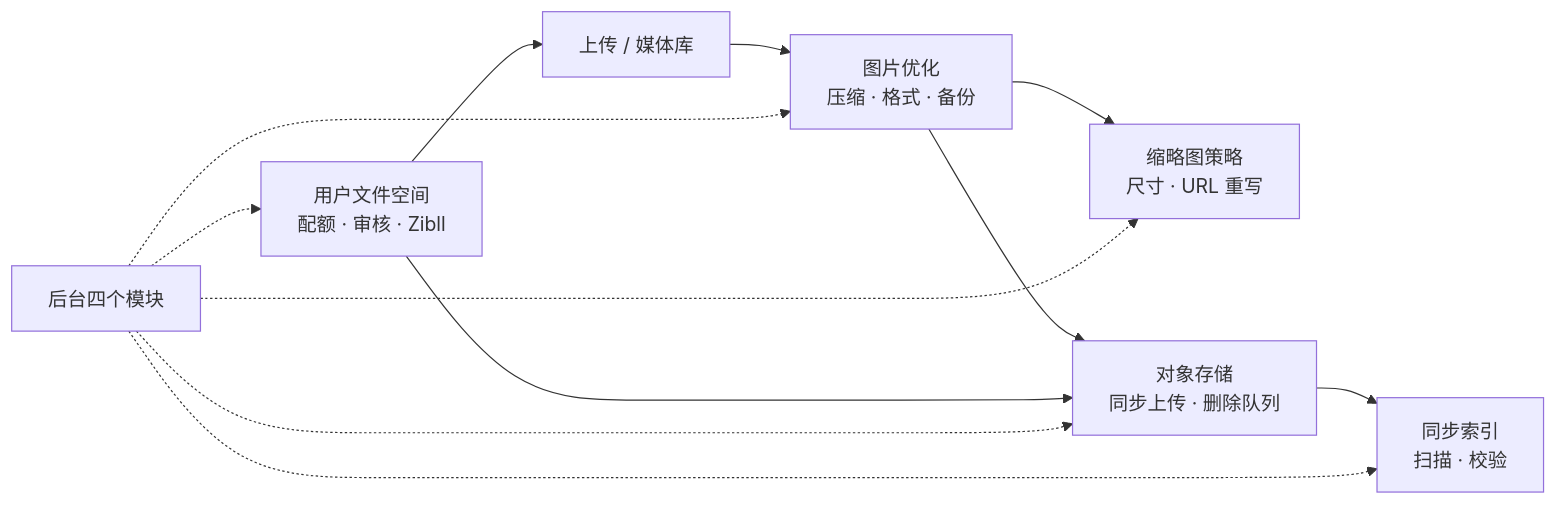
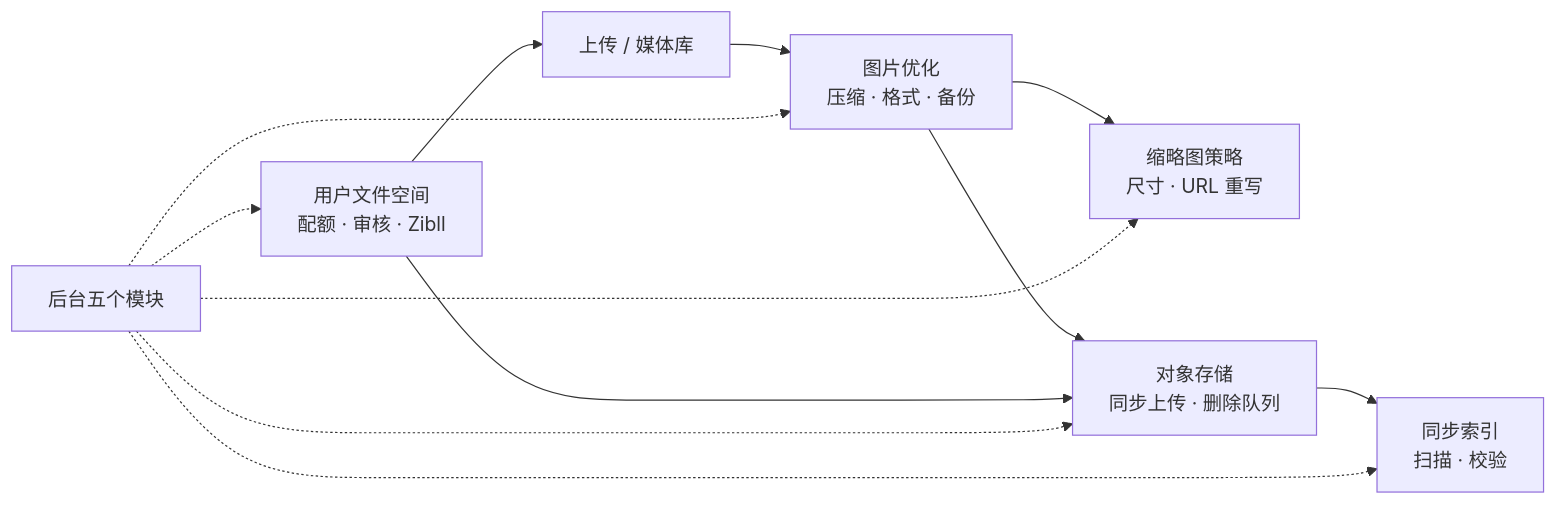
One commit to gongjing666/sakura-tools changed the diagram in README.md. Above: the diagram before and after it, drawn with Mermaid. The commit also changed other lines of this file and 1 other file, not shown here.

````diff
--- a/README.md
+++ b/README.md
@@ -79,14 +82,14 @@
 ```mermaid
 flowchart LR
     UP["上传 / 媒体库"] --> IMG["图片优化<br/>压缩 · 格式 · 备份"]
     IMG --> THUMB["缩略图策略<br/>尺寸 · URL 重写"]
     IMG --> S3["对象存储<br/>同步上传 · 删除队列"]
     S3 --> IDX["同步索引<br/>扫描 · 校验"]
     UF["用户文件空间<br/>配额 · 审核 · Zibll"] --> S3
     UF --> UP
-    ADMIN["后台四个模块"] -.-> IMG
+    ADMIN["后台五个模块"] -.-> IMG
     ADMIN -.-> THUMB
     ADMIN -.-> S3
     ADMIN -.-> IDX
     ADMIN -.-> UF
 ```
````
